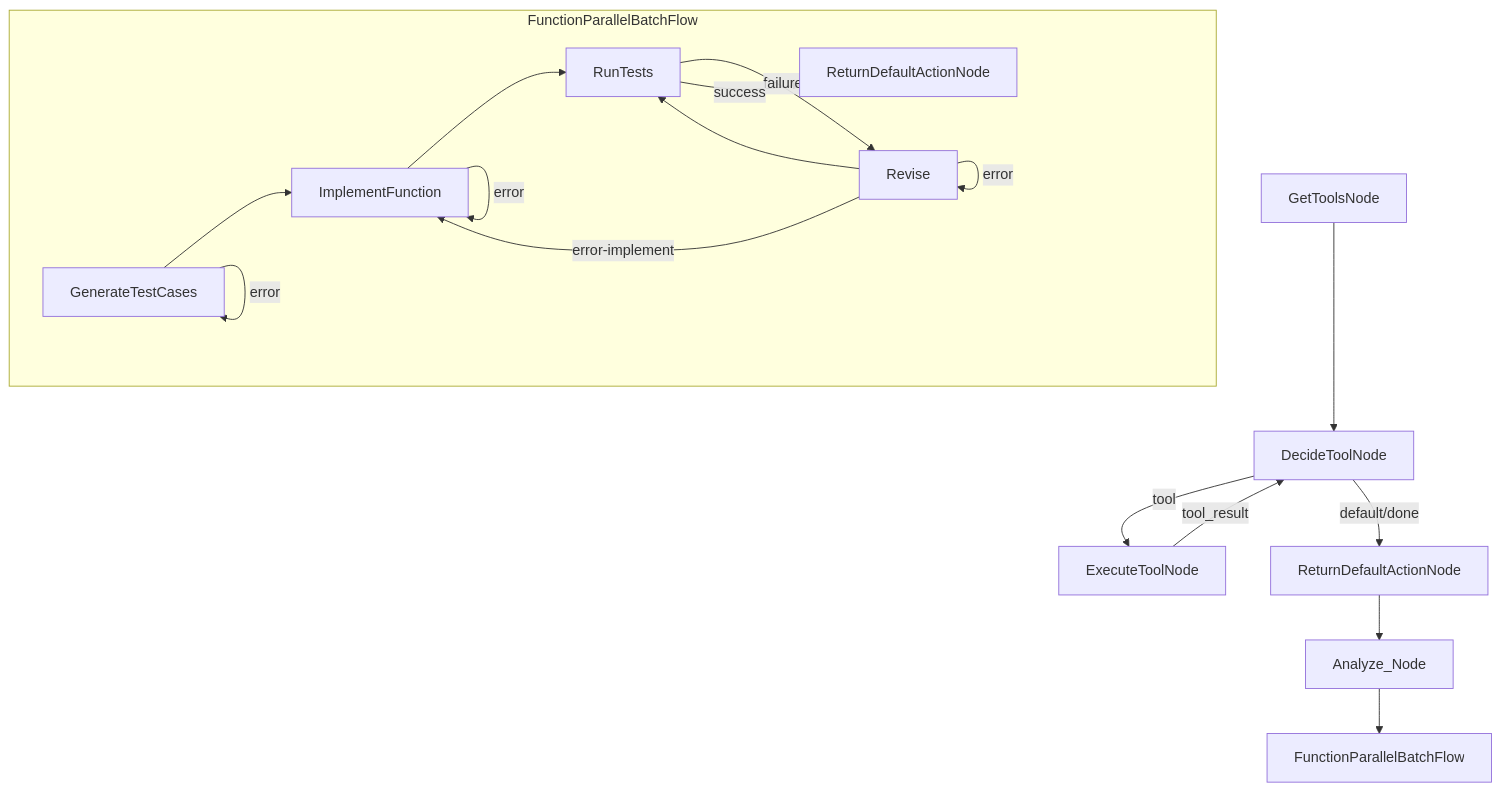
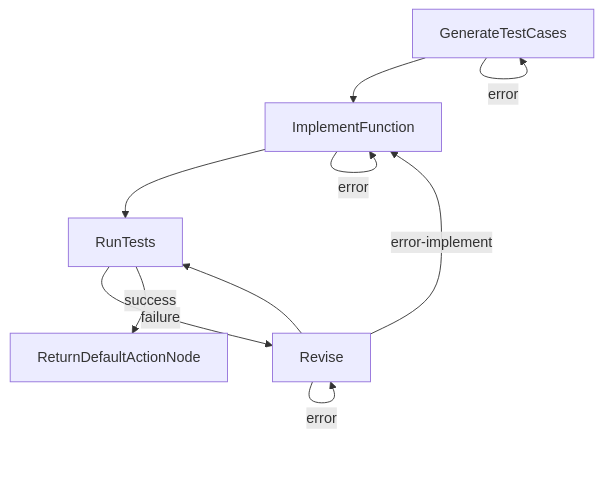
One commit to jimkk159/test-creater changed the second of 2 diagrams in README.md. Above: the diagram before and after it, drawn with Mermaid. The commit also changed other lines of this file, not shown here.

````diff
--- a/README.md
+++ b/README.md
@@ -14,18 +33,10 @@
 ```mermaid
 flowchart TD
-    A[GetToolsNode] --> B[DecideToolNode]
-    B -- tool --> C[ExecuteToolNode]
-    C -- tool_result --> B
-    B -- default/done --> D[ReturnDefaultActionNode]
-    D --> E[Analyze_Node]
-    E --> F[FunctionParallelBatchFlow]
-    subgraph FunctionParallelBatchFlow
-      G[GenerateTestCases] --> H[ImplementFunction] --> I[RunTests]
-      I -- failure --> J[Revise] --> I
-      I -- success --> K[ReturnDefaultActionNode]
-      J -- error-implement --> H
-      G -- error --> G
-      H -- error --> H
-      J -- error --> J
-    end
+    G[GenerateTestCases] --> H[ImplementFunction] --> I[RunTests]
+    I -- failure --> J[Revise] --> I
+    I -- success --> K[ReturnDefaultActionNode]
+    J -- error-implement --> H
+    G -- error --> G
+    H -- error --> H
+    J -- error --> J
 ```
````
